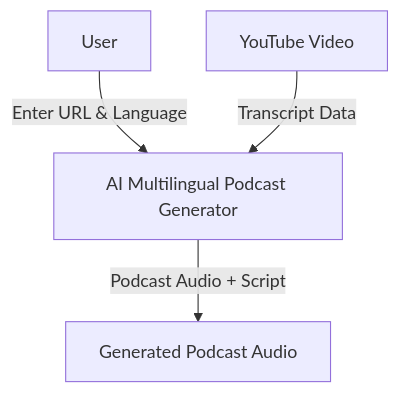
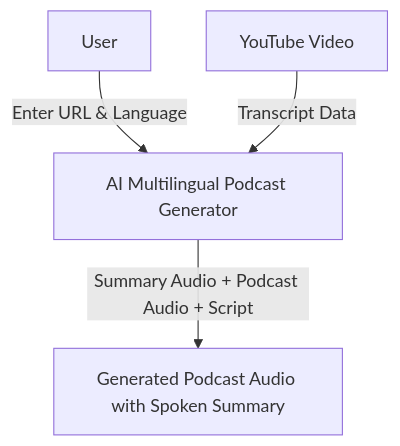
The first of 5 diagrams in docs/5_dfd.md (sahaniom/Podcast-Generator), drawn with Mermaid before and after one commit. The commit also changed other lines of this file and 4 other files, not shown here.

````diff
--- a/docs/5_dfd.md
+++ b/docs/5_dfd.md
@@ -26,12 +26,12 @@
 ```mermaid
 flowchart TD
 
     User[User]
     YouTube[YouTube Video]
     System[AI Multilingual Podcast Generator]
-    Output[Generated Podcast Audio]
+    Output[Generated Podcast Audio with Spoken Summary]
 
     User -->|Enter URL & Language| System
     YouTube -->|Transcript Data| System
-    System -->|Podcast Audio + Script| Output
+    System -->|Summary Audio + Podcast Audio + Script| Output
 ```
````
